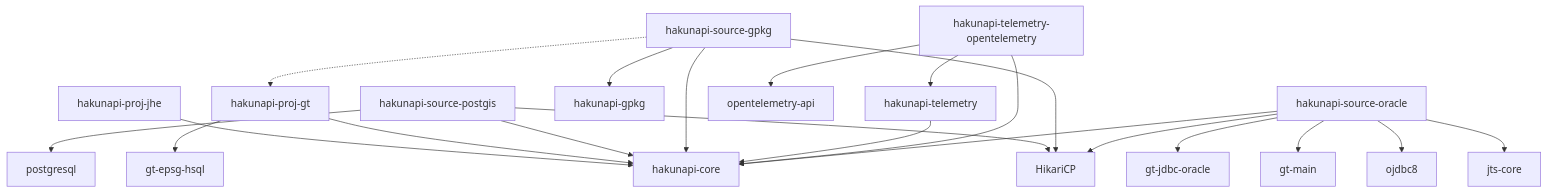
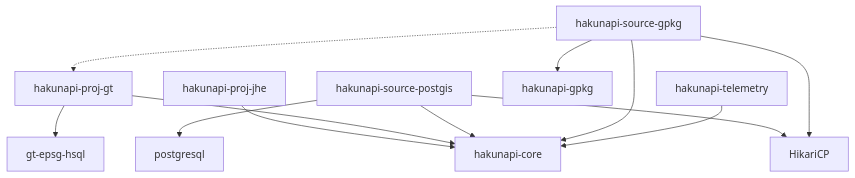
Before and after one commit to nlsfi/hakunapi: the second of 3 diagrams in docs/overview/modules.md, drawn with Mermaid. The commit also changed other lines of this file and 1 other file, not shown here.

Commit message:
Remove oracle and opentelemetry from documentation

````diff
--- a/docs/overview/modules.md
+++ b/docs/overview/modules.md
@@ -87,32 +87,21 @@
 ```mermaid
 graph TD
     core[hakunapi-core]
 
     %% Projection modules
     proj_jhe[hakunapi-proj-jhe] --> core
     proj_gt[hakunapi-proj-gt] --> core
     proj_gt --> epsg[gt-epsg-hsql]
     
     %% Source modules
     postgis[hakunapi-source-postgis] --> core
     postgis --> hikari[HikariCP]
     postgis --> pg[postgresql]
     gpkg_source[hakunapi-source-gpkg] --> core
     gpkg_source --> gpkg[hakunapi-gpkg]
     gpkg_source --> hikari
     gpkg_source -.-> proj_gt
     
     %% Telemetry
     telemetry[hakunapi-telemetry] --> core
-    opentelemetry[hakunapi-telemetry-opentelemetry] --> core
-    opentelemetry --> telemetry
-    opentelemetry --> opentelemetry-api[opentelemetry-api]
-
-    %% Oracle 
-    oracle[hakunapi-source-oracle] --> core
-    oracle --> jts[jts-core]
-    oracle --> ojdbc8[ojdbc8]
-    oracle --> gt-main[gt-main]
-    oracle --> gt-jdbc-oracle[gt-jdbc-oracle]
-    oracle --> hikari
 ```
````
